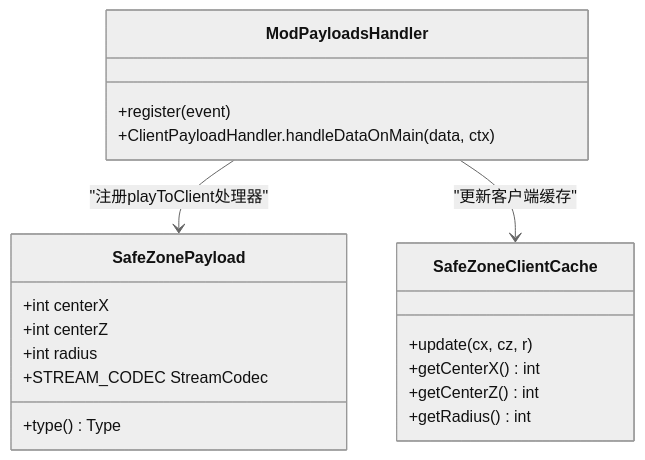
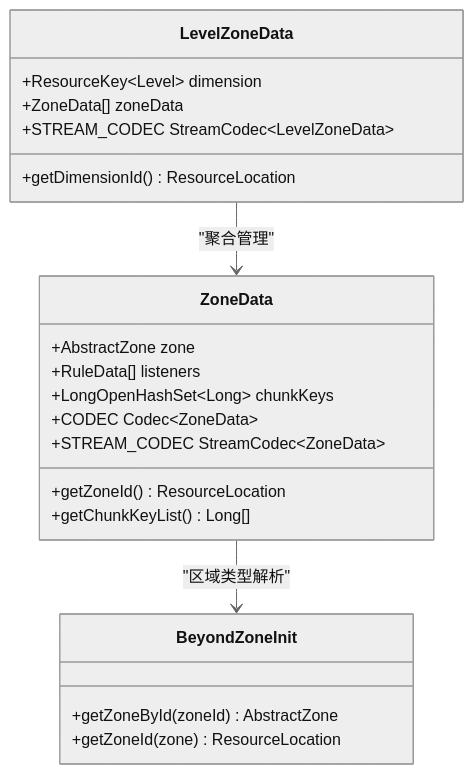
The fourth of 5 diagrams in .qoder/repowiki/zh/content/安全区系统/网络同步机制.md (Ver-shift/SubModulesGeneHunter), drawn with Mermaid (neutral theme) before and after one commit. The commit also changed other lines of this file and 42 other files, not shown here.

````diff
--- a/.qoder/repowiki/zh/content/安全区系统/网络同步机制.md
+++ b/.qoder/repowiki/zh/content/安全区系统/网络同步机制.md
@@ -140,22 +172,24 @@
 ```mermaid
 classDiagram
-class SafeZonePayload {
-+int centerX
-+int centerZ
-+int radius
-+type() Type
-+STREAM_CODEC StreamCodec
+class ZoneData {
++AbstractZone zone
++RuleData[] listeners
++LongOpenHashSet~Long~ chunkKeys
++CODEC Codec~ZoneData~
++STREAM_CODEC StreamCodec~ZoneData~
++getZoneId() ResourceLocation
++getChunkKeyList() Long[]
 }
-class ModPayloadsHandler {
-+register(event)
-+ClientPayloadHandler.handleDataOnMain(data, ctx)
+class LevelZoneData {
++ResourceKey~Level~ dimension
++ZoneData[] zoneData
++STREAM_CODEC StreamCodec~LevelZoneData~
++getDimensionId() ResourceLocation
 }
-class SafeZoneClientCache {
-+update(cx, cz, r)
-+getCenterX() int
-+getCenterZ() int
-+getRadius() int
+class BeyondZoneInit {
++getZoneById(zoneId) AbstractZone
++getZoneId(zone) ResourceLocation
 }
-ModPayloadsHandler --> SafeZonePayload : "注册playToClient处理器"
-ModPayloadsHandler --> SafeZoneClientCache : "更新客户端缓存"
+ZoneData --> BeyondZoneInit : "区域类型解析"
+LevelZoneData --> ZoneData : "聚合管理"
 ```
````
